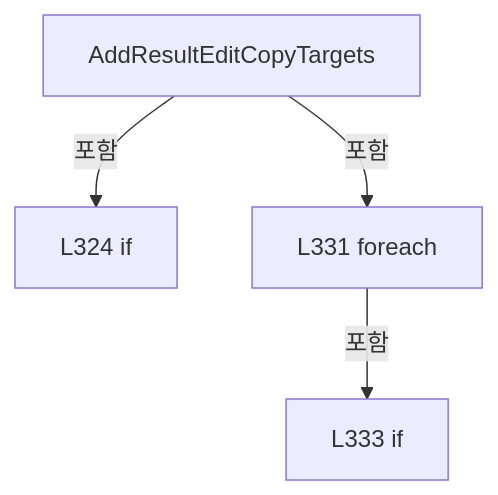
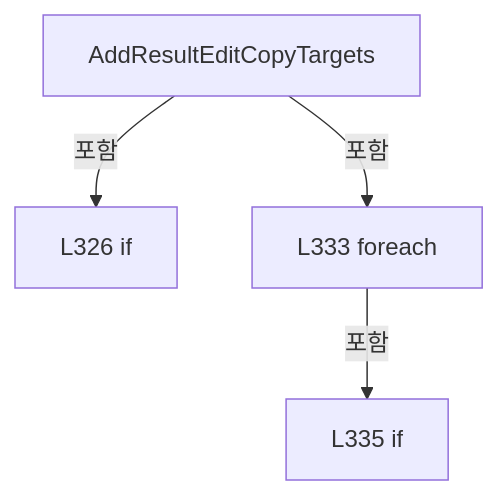
One commit to kjuws10-rgb/Shared changed diagram 14 of 24 in A3 LD Code Ref/files/Drilling.UI/Menu/Menus/CMenuCorrection.ReviewData.Edit.cs.md. Above: the diagram before and after it, drawn with Mermaid. The commit also changed other lines of this file and 2071 other files, not shown here.

Commit message:
docs(a3): update 11.19.0 architecture and code reference

````diff
--- a/A3 LD Code Ref/files/Drilling.UI/Menu/Menus/CMenuCorrection.ReviewData.Edit.cs.md
+++ b/A3 LD Code Ref/files/Drilling.UI/Menu/Menus/CMenuCorrection.ReviewData.Edit.cs.md
@@ -2638,10 +2696,10 @@
 ```mermaid
 flowchart TD
  M["AddResultEditCopyTargets"]
- N0["L324 if"]
+ N0["L326 if"]
  M -->|포함| N0
- N1["L331 foreach"]
+ N1["L333 foreach"]
  M -->|포함| N1
- N2["L333 if"]
+ N2["L335 if"]
  N1 -->|포함| N2
 ```
````
